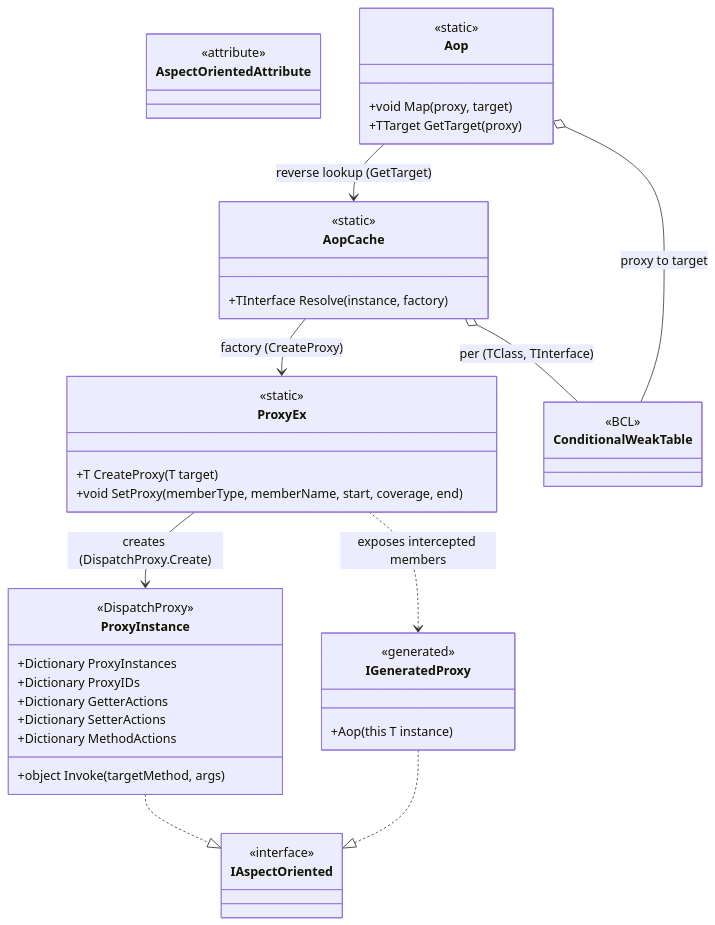
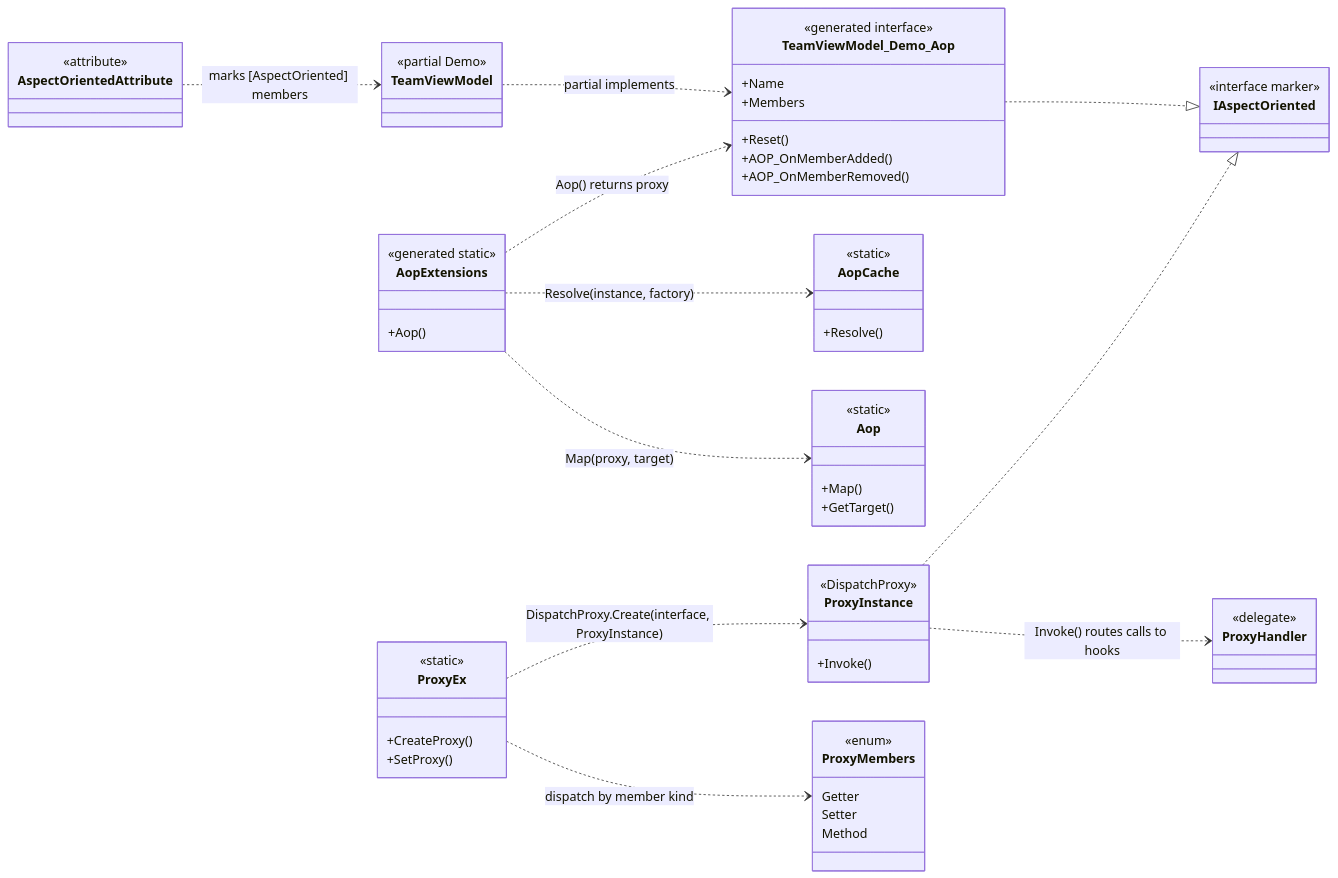
The diagram in src/CloudGlyph/Assets/Docs/content/en/3_SE_Analysis/02_design-patterns/05_aop/index.md (Axvser/VeloxDev.Docs), drawn with Mermaid before and after one commit. The commit also changed other lines of this file and 443 other files, not shown here.

````diff
--- a/src/CloudGlyph/Assets/Docs/content/en/3_SE_Analysis/02_design-patterns/05_aop/index.md
+++ b/src/CloudGlyph/Assets/Docs/content/en/3_SE_Analysis/02_design-patterns/05_aop/index.md
@@ -5,48 +16,63 @@
 ```mermaid
 classDiagram
-    class IAspectOriented {
-        <<interface>>
-    }
+    direction LR
     class AspectOrientedAttribute {
         <<attribute>>
     }
+    class TeamViewModel {
+        <<partial Demo>>
+    }
+    class TeamViewModel_Demo_Aop {
+        <<generated interface>>
+        +Name
+        +Members
+        +Reset()
+        +AOP_OnMemberAdded()
+        +AOP_OnMemberRemoved()
+    }
+    class AopExtensions {
+        <<generated static>>
+        +Aop()
+    }
+    class IAspectOriented {
+        <<interface marker>>
+    }
+    class ProxyMembers {
+        <<enum>>
+        Getter
+        Setter
+        Method
+    }
+    class ProxyHandler {
+        <<delegate>>
+    }
     class ProxyEx {
         <<static>>
-        +T CreateProxy(T target)
-        +void SetProxy(memberType, memberName, start, coverage, end)
+        +CreateProxy()
+        +SetProxy()
     }
     class ProxyInstance {
         <<DispatchProxy>>
-        +Dictionary ProxyInstances
-        +Dictionary ProxyIDs
-        +Dictionary GetterActions
-        +Dictionary SetterActions
-        +Dictionary MethodActions
-        +object Invoke(targetMethod, args)
+        +Invoke()
     }
     class AopCache {
         <<static>>
-        +TInterface Resolve(instance, factory)
+        +Resolve()
     }
     class Aop {
         <<static>>
-        +void Map(proxy, target)
-        +TTarget GetTarget(proxy)
-    }
-    class IGeneratedProxy {
-        <<generated>>
-        +Aop(this T instance)
-    }
-    class ConditionalWeakTable {
-        <<BCL>>
+        +Map()
+        +GetTarget()
     }
 
-    ProxyEx --> ProxyInstance : creates (DispatchProxy.Create)
-    AopCache --> ProxyEx : factory (CreateProxy)
-    Aop --> AopCache : reverse lookup (GetTarget)
-    ProxyEx ..> IGeneratedProxy : exposes intercepted members
+    AspectOrientedAttribute ..> TeamViewModel : marks [AspectOriented] members
+    TeamViewModel ..> TeamViewModel_Demo_Aop : partial implements
+    TeamViewModel_Demo_Aop ..|> IAspectOriented
     ProxyInstance ..|> IAspectOriented
-    IGeneratedProxy ..|> IAspectOriented
-    Aop o-- ConditionalWeakTable : proxy to target
-    AopCache o-- ConditionalWeakTable : per (TClass, TInterface)
+    AopExtensions ..> TeamViewModel_Demo_Aop : Aop() returns proxy
+    AopExtensions ..> AopCache : Resolve(instance, factory)
+    AopExtensions ..> Aop : Map(proxy, target)
+    ProxyEx ..> ProxyInstance : DispatchProxy.Create(interface, ProxyInstance)
+    ProxyInstance ..> ProxyHandler : Invoke() routes calls to hooks
+    ProxyEx ..> ProxyMembers : dispatch by member kind
 ```
````
